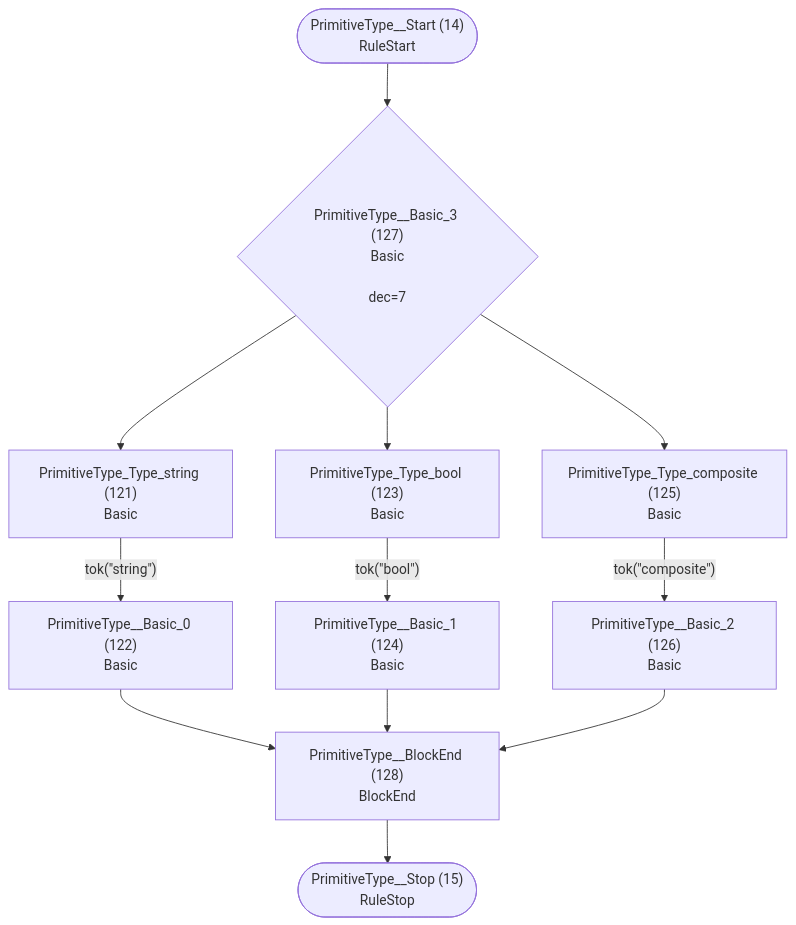
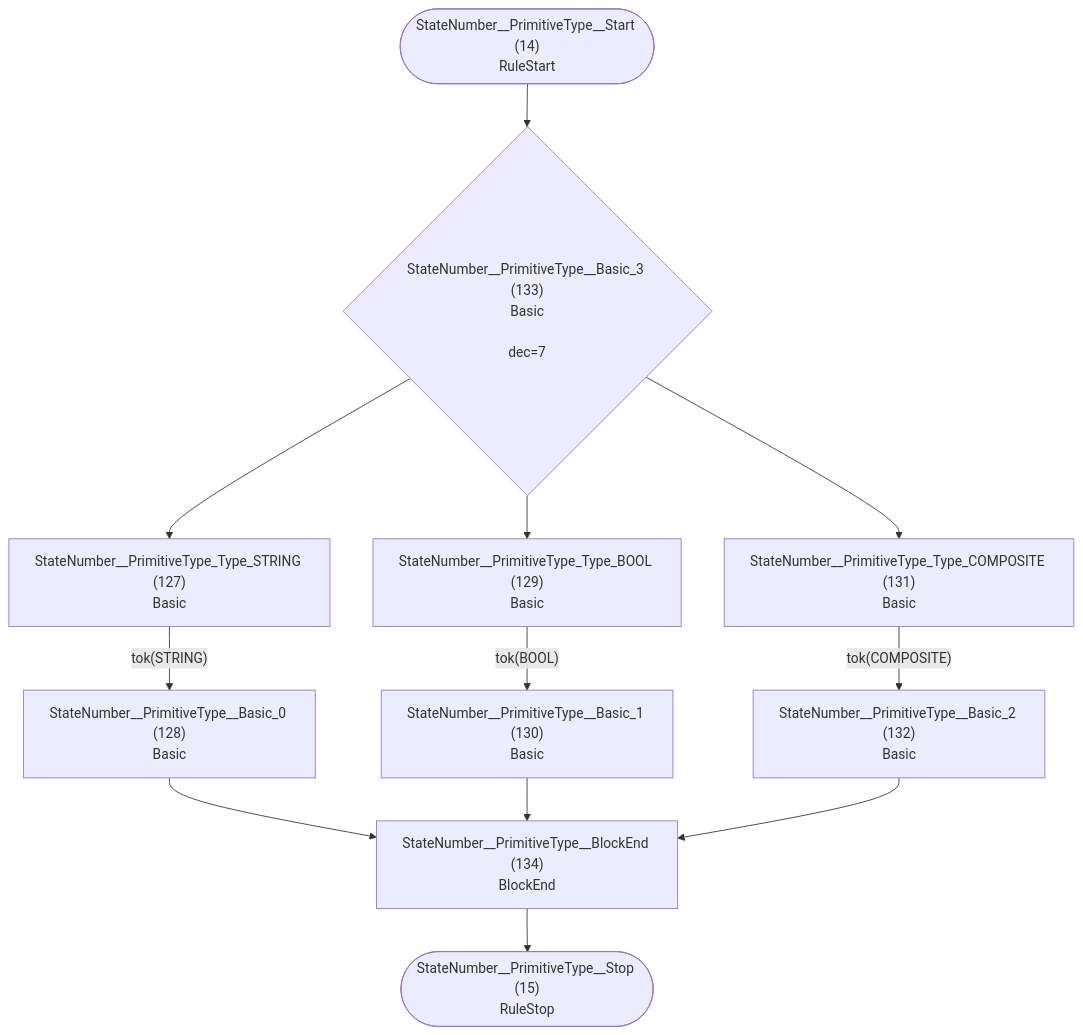
One commit to TypeFox/fastbelt changed the eighth of 32 diagrams in internal/grammar/atn.md. Above: the diagram before and after it, drawn with Mermaid. The commit also changed other lines of this file and 5 other files, not shown here.

````diff
--- a/internal/grammar/atn.md
+++ b/internal/grammar/atn.md
@@ -214,25 +214,25 @@
 ```mermaid
 flowchart TD
-    q14(["PrimitiveType__Start (14)<br/>RuleStart"])
-    q15(["PrimitiveType__Stop (15)<br/>RuleStop"])
-    q121["PrimitiveType_Type_string (121)<br/>Basic<br/>"]
-    q122["PrimitiveType__Basic_0 (122)<br/>Basic<br/>"]
-    q123["PrimitiveType_Type_bool (123)<br/>Basic<br/>"]
-    q124["PrimitiveType__Basic_1 (124)<br/>Basic<br/>"]
-    q125["PrimitiveType_Type_composite (125)<br/>Basic<br/>"]
-    q126["PrimitiveType__Basic_2 (126)<br/>Basic<br/>"]
-    q127{"PrimitiveType__Basic_3 (127)<br/>Basic<br/><br/>dec=7"}
-    q128["PrimitiveType__BlockEnd (128)<br/>BlockEnd<br/>"]
+    q14(["StateNumber__PrimitiveType__Start (14)<br/>RuleStart"])
+    q15(["StateNumber__PrimitiveType__Stop (15)<br/>RuleStop"])
+    q127["StateNumber__PrimitiveType_Type_STRING (127)<br/>Basic<br/>"]
+    q128["StateNumber__PrimitiveType__Basic_0 (128)<br/>Basic<br/>"]
+    q129["StateNumber__PrimitiveType_Type_BOOL (129)<br/>Basic<br/>"]
+    q130["StateNumber__PrimitiveType__Basic_1 (130)<br/>Basic<br/>"]
+    q131["StateNumber__PrimitiveType_Type_COMPOSITE (131)<br/>Basic<br/>"]
+    q132["StateNumber__PrimitiveType__Basic_2 (132)<br/>Basic<br/>"]
+    q133{"StateNumber__PrimitiveType__Basic_3 (133)<br/>Basic<br/><br/>dec=7"}
+    q134["StateNumber__PrimitiveType__BlockEnd (134)<br/>BlockEnd<br/>"]
 
-    q14 --> q127
-    q121 -->|"tok(&quot;string&quot;)"| q122
-    q122 --> q128
-    q123 -->|"tok(&quot;bool&quot;)"| q124
-    q124 --> q128
-    q125 -->|"tok(&quot;composite&quot;)"| q126
-    q126 --> q128
-    q127 --> q121
-    q127 --> q123
-    q127 --> q125
-    q128 --> q15
+    q14 --> q133
+    q127 -->|"tok(STRING)"| q128
+    q128 --> q134
+    q129 -->|"tok(BOOL)"| q130
+    q130 --> q134
+    q131 -->|"tok(COMPOSITE)"| q132
+    q132 --> q134
+    q133 --> q127
+    q133 --> q129
+    q133 --> q131
+    q134 --> q15
 ```
````
